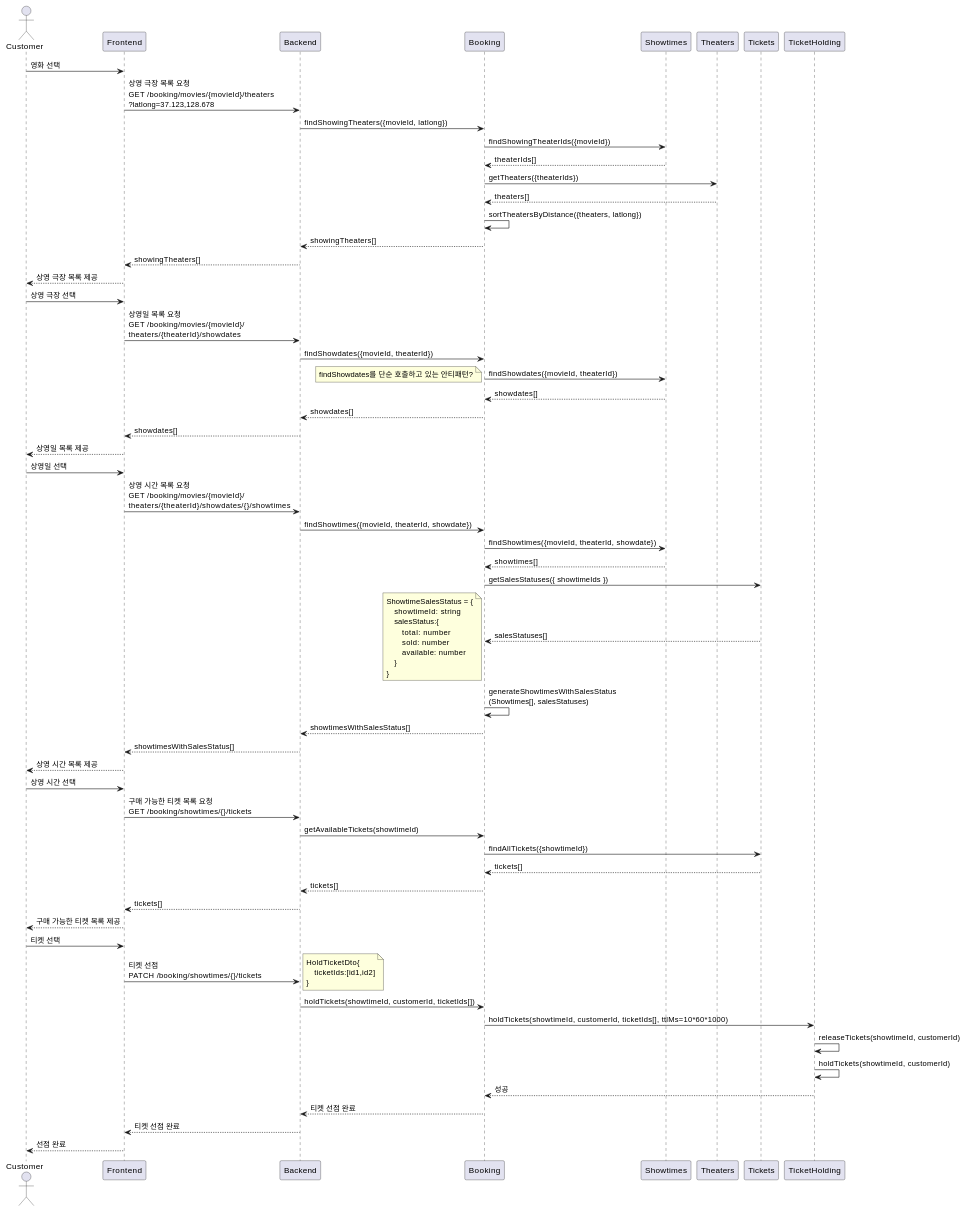
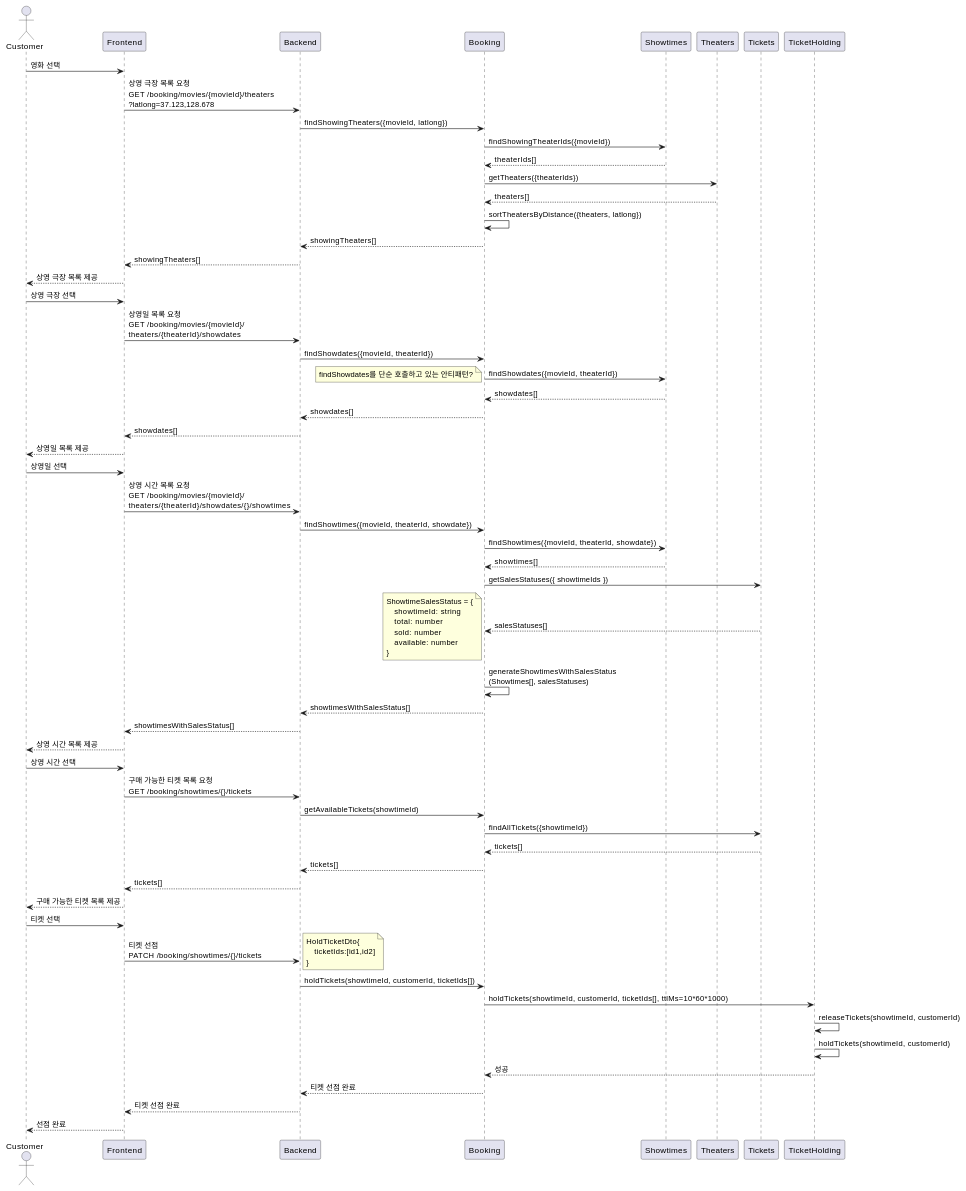
Before and after one commit to mannercode/nest-seed: the second of 3 diagrams in docs/tickets-purchase.md, drawn with PlantUML. The commit also changed 16 other files, not shown here.

````diff
--- a/docs/tickets-purchase.md
+++ b/docs/tickets-purchase.md
@@ -106,76 +106,74 @@
 ```plantuml
 @startuml
 actor Customer
 
 Customer -> Frontend: 영화 선택
     Frontend -> Backend: 상영 극장 목록 요청\nGET /booking/movies/{movieId}/theaters\n?latlong=37.123,128.678
         Backend -> Booking: findShowingTheaters({movieId, latlong})
             Booking -> Showtimes: findShowingTheaterIds({movieId})
             Booking <-- Showtimes: theaterIds[]
             Booking -> Theaters: getTheaters({theaterIds})
             Booking <-- Theaters: theaters[]
             Booking -> Booking: sortTheatersByDistance({theaters, latlong})
         Backend <-- Booking: showingTheaters[]
     Frontend <-- Backend: showingTheaters[]
 Customer <-- Frontend: 상영 극장 목록 제공
 
 Customer -> Frontend: 상영 극장 선택
     Frontend -> Backend: 상영일 목록 요청\nGET /booking/movies/{movieId}/\ntheaters/{theaterId}/showdates
         Backend -> Booking: findShowdates({movieId, theaterId})
             Booking -> Showtimes: findShowdates({movieId, theaterId})
                 note left
                 findShowdates를 단순 호출하고 있는 안티패턴?
                 end note
             Booking <-- Showtimes: showdates[]
         Backend <-- Booking: showdates[]
     Frontend <-- Backend: showdates[]
 Customer <-- Frontend: 상영일 목록 제공
 
 Customer -> Frontend: 상영일 선택
     Frontend -> Backend: 상영 시간 목록 요청\nGET /booking/movies/{movieId}/\ntheaters/{theaterId}/showdates/{}/showtimes
         Backend -> Booking: findShowtimes({movieId, theaterId, showdate})
             Booking -> Showtimes: findShowtimes({movieId, theaterId, showdate})
             Booking <-- Showtimes: showtimes[]
             Booking -> Tickets: getSalesStatuses({ showtimeIds })
             Booking <-- Tickets: salesStatuses[]
             note left
             ShowtimeSalesStatus = {
                 showtimeId: string
-                salesStatus:{
-                    total: number
-                    sold: number
-                    available: number
-                }
+                total: number
+                sold: number
+                available: number
             }
             end note
             Booking -> Booking: generateShowtimesWithSalesStatus\n(Showtimes[], salesStatuses)
         Backend <-- Booking: showtimesWithSalesStatus[]
     Frontend <-- Backend: showtimesWithSalesStatus[]
 Customer <-- Frontend: 상영 시간 목록 제공
 
 Customer -> Frontend: 상영 시간 선택
     Frontend -> Backend: 구매 가능한 티켓 목록 요청\nGET /booking/showtimes/{}/tickets
         Backend -> Booking: getAvailableTickets(showtimeId)
             Booking -> Tickets: findAllTickets({showtimeId})
             Booking <-- Tickets: tickets[]
         Backend <-- Booking: tickets[]
     Frontend <-- Backend: tickets[]
 Customer <-- Frontend: 구매 가능한 티켓 목록 제공
 
 Customer -> Frontend: 티켓 선택
     Frontend -> Backend: 티켓 선점\nPATCH /booking/showtimes/{}/tickets
         note right
             HoldTicketDto{
                 ticketIds:[id1,id2]
             }
         end note
         Backend -> Booking: holdTickets(showtimeId, customerId, ticketIds[])
             Booking -> TicketHolding: holdTickets(showtimeId, customerId, ticketIds[], ttlMs=10*60*1000)
                 TicketHolding -> TicketHolding: releaseTickets(showtimeId, customerId)
                 TicketHolding -> TicketHolding: holdTickets(showtimeId, customerId)
             Booking <-- TicketHolding: 성공
         Backend <-- Booking: 티켓 선점 완료
     Frontend <-- Backend: 티켓 선점 완료
 Customer <-- Frontend: 선점 완료
 @enduml
 ```
````
